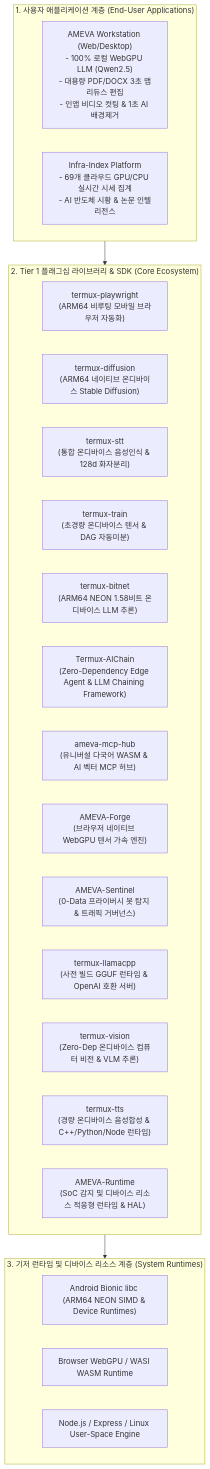
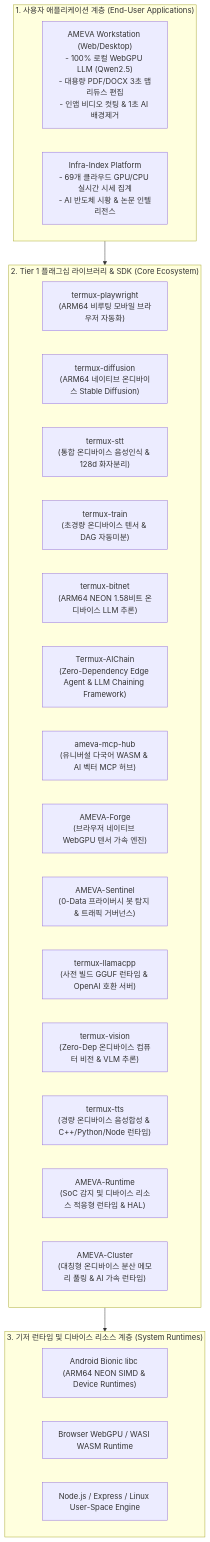
The diagram in README.md (uno-km/uno-km), drawn with Mermaid before and after one commit. The commit also changed other lines of this file and 99 other files, not shown here.

First line of the commit message:
feat(ecosystem): integrate AMEVA-Cluster v1.0.0 & sync 6-modality v1.4-2.1 across foundation, metrics, portal and profile

````diff
--- a/README.md
+++ b/README.md
@@ -128,32 +128,33 @@
 ```mermaid
 flowchart TD
     subgraph AppLayer ["1. 사용자 애플리케이션 계층 (End-User Applications)"]
         Workstation["AMEVA Workstation (Web/Desktop)<br/>- 100% 로컬 WebGPU LLM (Qwen2.5)<br/>- 대용량 PDF/DOCX 3초 맵리듀스 편집<br/>- 인앱 비디오 컷팅 & 1초 AI 배경제거"]
         InfraIndex["Infra-Index Platform<br/>- 69개 클라우드 GPU/CPU 실시간 시세 집계<br/>- AI 반도체 시황 & 논문 인텔리전스"]
     end
 
     subgraph CoreLibs ["2. Tier 1 플래그십 라이브러리 & SDK (Core Ecosystem)"]
         Playwright["termux-playwright<br/>(ARM64 비루팅 모바일 브라우저 자동화)"]
         Diffusion["termux-diffusion<br/>(ARM64 네이티브 온디바이스 Stable Diffusion)"]
         STT["termux-stt<br/>(통합 온디바이스 음성인식 & 128d 화자분리)"]
         Train["termux-train<br/>(초경량 온디바이스 텐서 & DAG 자동미분)"]
         BitNet["termux-bitnet<br/>(ARM64 NEON 1.58비트 온디바이스 LLM 추론)"]
         AIChain["Termux-AIChain<br/>(Zero-Dependency Edge Agent & LLM Chaining Framework)"]
         MCPHub["ameva-mcp-hub<br/>(유니버설 다국어 WASM & AI 벡터 MCP 허브)"]
         Forge["AMEVA-Forge<br/>(브라우저 네이티브 WebGPU 텐서 가속 엔진)"]
         Sentinel["AMEVA-Sentinel<br/>(0-Data 프라이버시 봇 탐지 & 트래픽 거버넌스)"]
         LlamaCpp["termux-llamacpp<br/>(사전 빌드 GGUF 런타임 & OpenAI 호환 서버)"]
         Vision["termux-vision<br/>(Zero-Dep 온디바이스 컴퓨터 비전 & VLM 추론)"]
         TTS["termux-tts<br/>(경량 온디바이스 음성합성 & C++/Python/Node 런타임)"]
         VulkanRuntime["AMEVA-Runtime<br/>(SoC 감지 및 디바이스 리소스 적응형 런타임 & HAL)"]
+        Cluster["AMEVA-Cluster<br/>(대칭형 온디바이스 분산 메모리 풀링 & AI 가속 런타임)"]
     end
 
     subgraph RuntimeLayer ["3. 기저 런타임 및 디바이스 리소스 계층 (System Runtimes)"]
         AndroidBionic["Android Bionic libc (ARM64 NEON SIMD & Device Runtimes)"]
         WebGPU_WASM["Browser WebGPU / WASI WASM Runtime"]
         NodeLinux["Node.js / Express / Linux User-Space Engine"]
     end
 
     AppLayer --> CoreLibs
     CoreLibs --> RuntimeLayer
 ```
````
